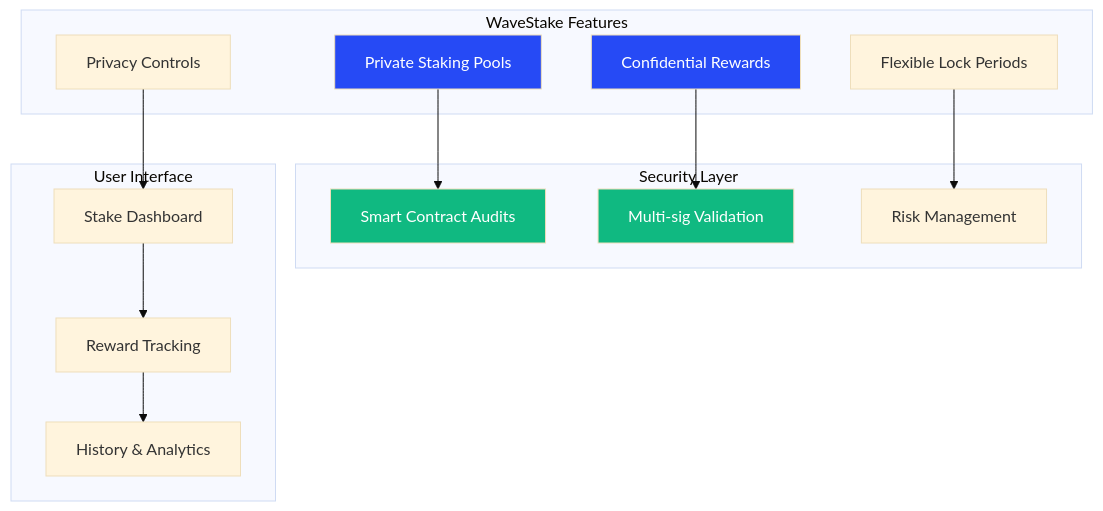
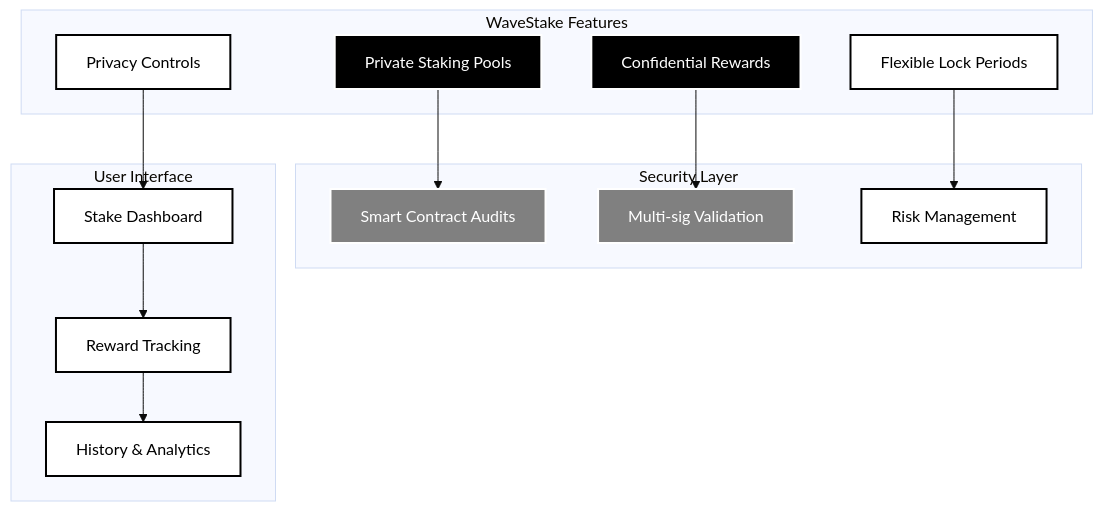
One commit to WaveTek-co/WaveSwap changed the sixth of 9 diagrams in WHAT.md. Above: the diagram before and after it, drawn with Mermaid (base theme). The commit also changed other lines of this file and 56 other files, not shown here.

````diff
--- a/WHAT.md
+++ b/WHAT.md
@@ -209,34 +226,37 @@
 ```mermaid
 graph TB
     subgraph "WaveStake Features"
         A[Private Staking Pools]
         B[Confidential Rewards]
         C[Flexible Lock Periods]
         D[Privacy Controls]
     end
 
     subgraph "Security Layer"
         E[Smart Contract Audits]
         F[Multi-sig Validation]
         G[Risk Management]
     end
 
     subgraph "User Interface"
         H[Stake Dashboard]
         I[Reward Tracking]
         J[History & Analytics]
     end
 
     A --> E
     B --> F
     C --> G
     D --> H
 
     H --> I
     I --> J
 
-    style A fill:#264af5,color:#fff
-    style B fill:#264af5,color:#fff
-    style E fill:#10b981,color:#fff
-    style F fill:#10b981,color:#fff
+    classDef orcaPrimary fill:#000000,color:#ffffff,stroke:#ffffff,stroke-width:2px
+    classDef orcaSecondary fill:#ffffff,color:#000000,stroke:#000000,stroke-width:2px
+    classDef orcaSuccess fill:#808080,color:#ffffff,stroke:#ffffff,stroke-width:2px
+
+    class A,B orcaPrimary
+    class E,F orcaSuccess
+    class C,D,G,H,I,J orcaSecondary
 ```
````
